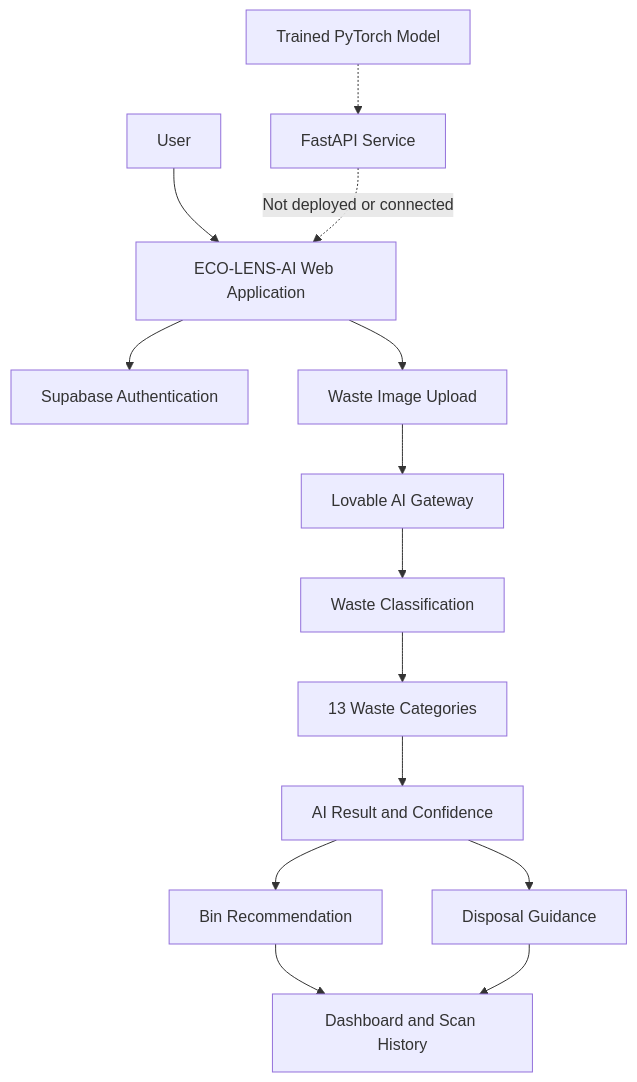
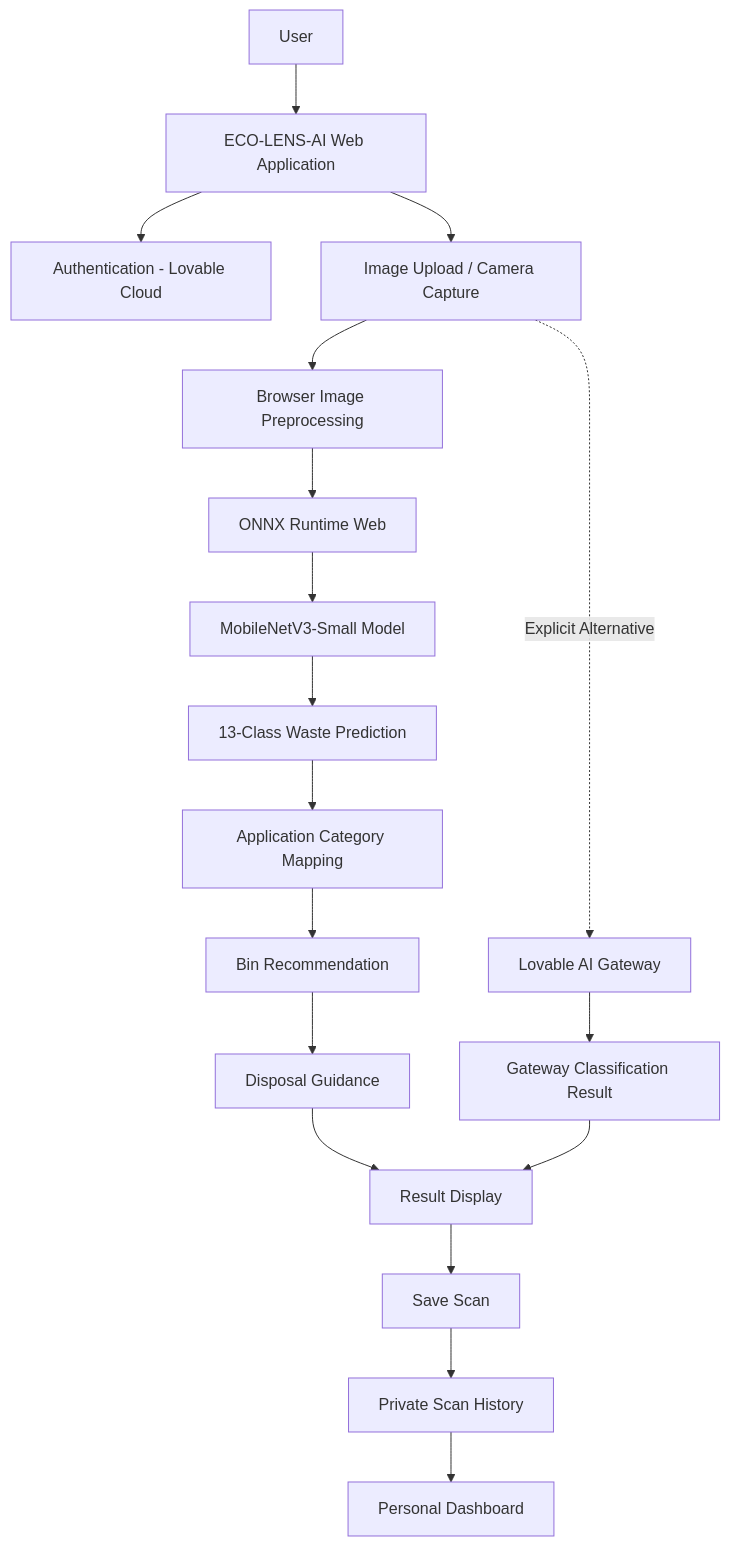
Before and after one commit to jashikaraja05-pixel/eco-lens-waste: the diagram in README.md, drawn with Mermaid. The commit also changed other lines of this file, not shown here.

````diff
--- a/README.md
+++ b/README.md
@@ -75,18 +82,36 @@
 ```mermaid
-
 flowchart TD
     A[User] --> B[ECO-LENS-AI Web Application]
-    B --> C[Supabase Authentication]
-    B --> D[Waste Image Upload]
-    D --> E[Lovable AI Gateway]
-    E --> F[Waste Classification]
-    F --> G[13 Waste Categories]
-    G --> H[AI Result and Confidence]
-    H --> I[Bin Recommendation]
-    H --> J[Disposal Guidance]
-    I --> K[Dashboard and Scan History]
-    J --> K
 
-    L[Trained PyTorch Model] -.-> M[FastAPI Service]
-    M -. Not deployed or connected .-> B
+    B --> C[Authentication - Lovable Cloud]
+
+    B --> D[Image Upload / Camera Capture]
+
+    D --> E[Browser Image Preprocessing]
+
+    E --> F[ONNX Runtime Web]
+
+    F --> G[MobileNetV3-Small Model]
+
+    G --> H[13-Class Waste Prediction]
+
+    H --> I[Application Category Mapping]
+
+    I --> J[Bin Recommendation]
+
+    J --> K[Disposal Guidance]
+
+    K --> L[Result Display]
+
+    L --> M[Save Scan]
+
+    M --> N[Private Scan History]
+
+    N --> O[Personal Dashboard]
+
+    D -. Explicit Alternative .-> P[Lovable AI Gateway]
+
+    P --> Q[Gateway Classification Result]
+
+    Q --> L
 ```
````
